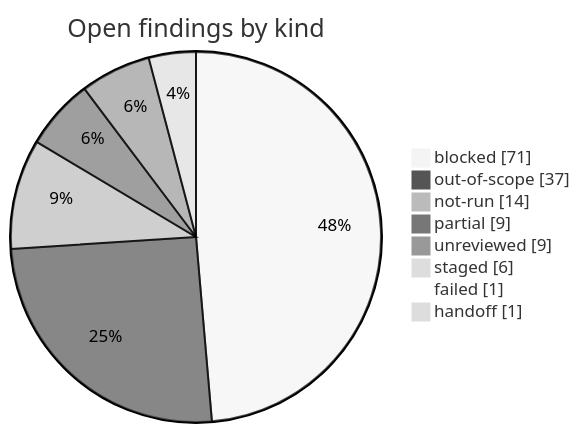
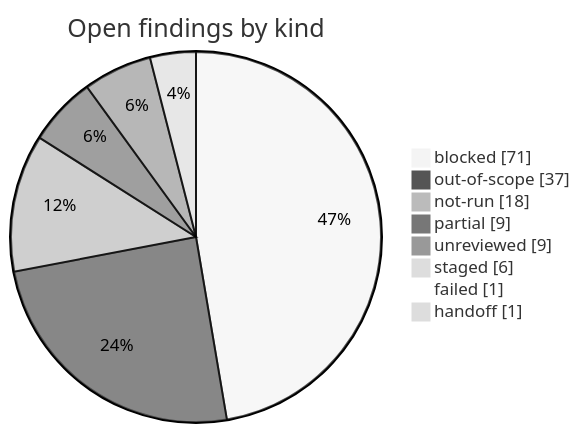
The diagram in research/open-findings.md (korczis/OpenTTD), drawn with Mermaid (neutral theme) before and after one commit. The commit also changed other lines of this file, not shown here.

````diff
--- a/research/open-findings.md
+++ b/research/open-findings.md
@@ -36,12 +36,12 @@
 ```mermaid
 pie showData title Open findings by kind
     %% links: open-findings.md?col=Kind&filter=blocked#findings | open-findings.md?col=Kind&filter=out-of-scope#findings | open-findings.md?col=Kind&filter=not-run#findings | open-findings.md?col=Kind&filter=partial#findings | open-findings.md?col=Kind&filter=unreviewed#findings | open-findings.md?col=Kind&filter=staged#findings | open-findings.md?col=Kind&filter=failed#findings | open-findings.md?col=Kind&filter=handoff#findings
     "blocked" : 71
     "out-of-scope" : 37
-    "not-run" : 14
+    "not-run" : 18
     "partial" : 9
     "unreviewed" : 9
     "staged" : 6
     "failed" : 1
     "handoff" : 1
 ```
````
